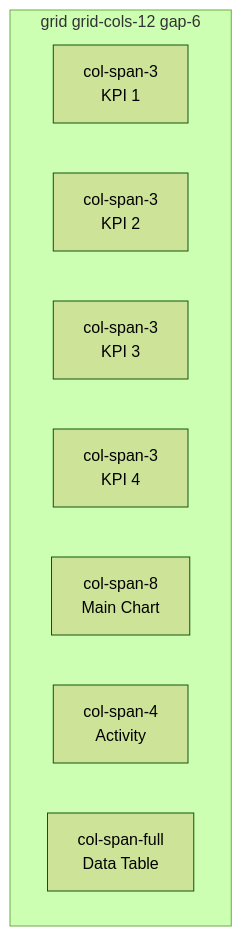
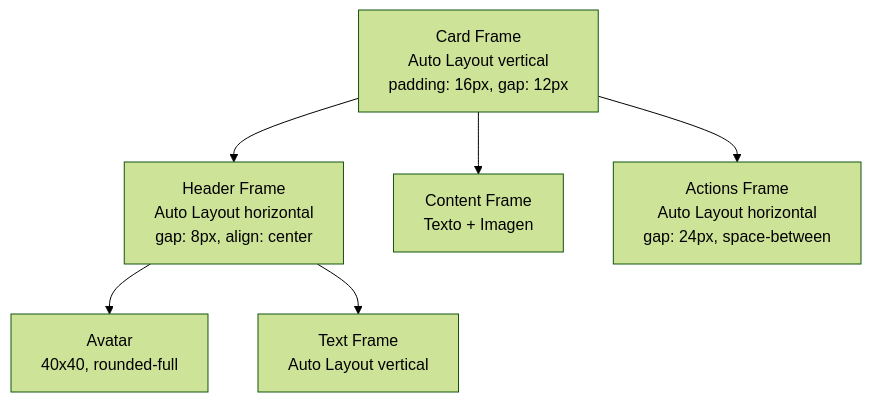
Before and after one commit to Jose-Quesada/presentacion-desarrollo-interfaces-26-27: the second of 5 diagrams in unidad-04.md, drawn with Mermaid (forest theme). The commit also changed other lines of this file and 52 other files, not shown here.

```diff
--- a/unidad-04.md
+++ b/unidad-04.md
@@ -254,12 +118,9 @@
 <div class="mermaid">
 graph TB
-  subgraph "grid grid-cols-12 gap-6"
-    A["col-span-3<br>KPI 1"] 
-    B["col-span-3<br>KPI 2"]
-    C["col-span-3<br>KPI 3"]
-    D["col-span-3<br>KPI 4"]
-    E["col-span-8<br>Main Chart"]
-    F["col-span-4<br>Activity"]
-    G["col-span-full<br>Data Table"]
-  end
+  A["Card Frame<br>Auto Layout vertical<br>padding: 16px, gap: 12px"]
+  A --> B["Header Frame<br>Auto Layout horizontal<br>gap: 8px, align: center"]
+  B --> B1["Avatar<br>40x40, rounded-full"]
+  B --> B2["Text Frame<br>Auto Layout vertical"]
+  A --> C["Content Frame<br>Texto + Imagen"]
+  A --> D["Actions Frame<br>Auto Layout horizontal<br>gap: 24px, space-between"]
 </div>
```
